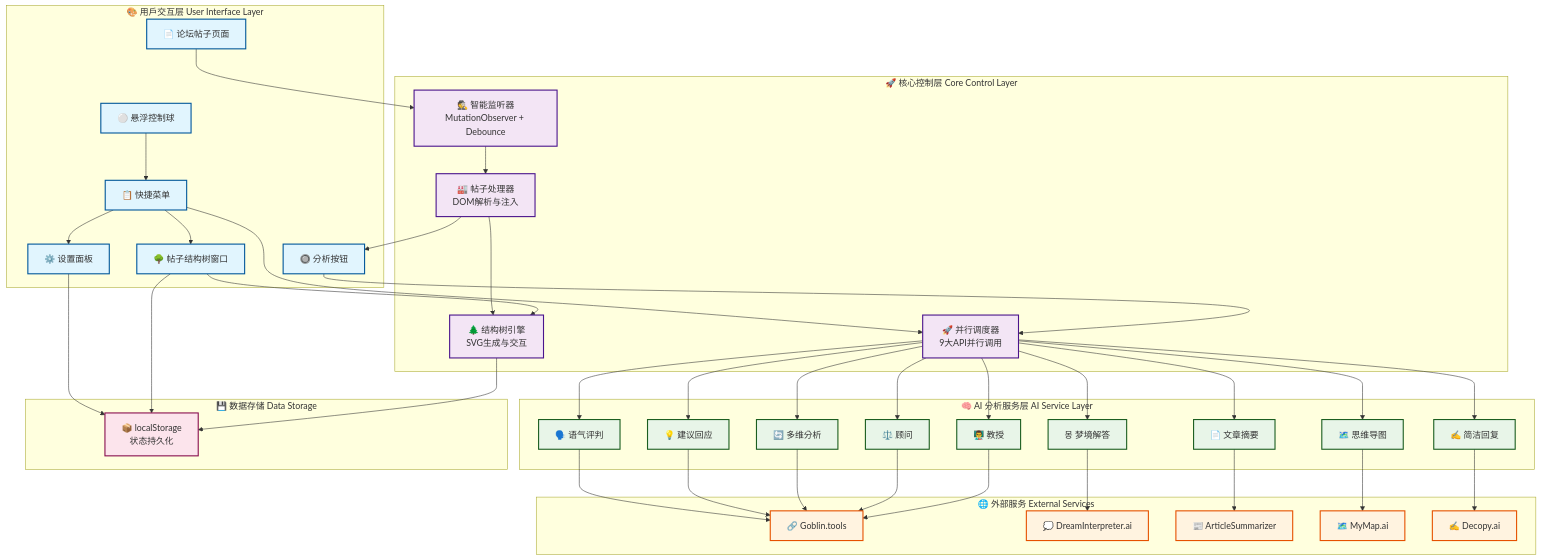
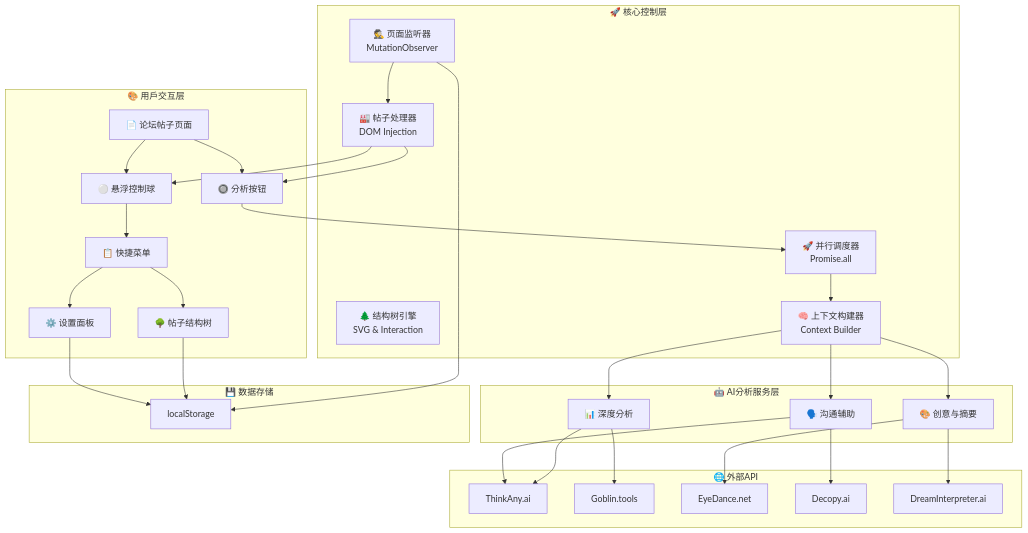
Before and after one commit to lzA6/js-goblin: the third of 4 diagrams in README.md, drawn with Mermaid. The commit also changed other lines of this file, not shown here.

````diff
--- a/README.md
+++ b/README.md
@@ -182,95 +259,70 @@
 ```mermaid
-graph TB
+flowchart TD
     %% 用户交互层
-    subgraph UI["🎨 用户交互层 User Interface Layer"]
+    subgraph UI[🎨 用户交互层]
         A[📄 论坛帖子页面]
         B[🔘 分析按钮]
         C[⚪ 悬浮控制球]
         D[📋 快捷菜单]
         E[⚙️ 设置面板]
-        F[🌳 帖子结构树窗口]
+        F[🌳 帖子结构树]
+        
+        A --> B
+        A --> C
+        C --> D
+        D --> E
+        D --> F
     end
 
     %% 核心控制层
-    subgraph Core["🚀 核心控制层 Core Control Layer"]
-        G[🕵️ 智能监听器<br/>MutationObserver + Debounce]
-        H[🏭 帖子处理器<br/>DOM解析与注入]
-        I[🌲 结构树引擎<br/>SVG生成与交互]
-        J[🚀 并行调度器<br/>9大API并行调用]
+    subgraph Core[🚀 核心控制层]
+        G[🕵️ 页面监听器<br/>MutationObserver]
+        H[🏭 帖子处理器<br/>DOM Injection]
+        I[🌲 结构树引擎<br/>SVG & Interaction]
+        J[🚀 并行调度器<br/>Promise.all]
+        K[🧠 上下文构建器<br/>Context Builder]
+        
+        G --> H
+        H --> B
+        H --> C
+        B --> J
+        J --> K
     end
 
     %% AI服务层
-    subgraph AI["🧠 AI 分析服务层 AI Service Layer"]
-        K1[🗣️ 语气评判]
-        K2[💡 建议回应]
-        K3[🔄 多维分析]
-        K4[⚖️ 顾问]
-        K5[👨‍🏫 教授]
-        K6[몽 梦境解答]
-        K7[📄 文章摘要]
-        K8[🗺️ 思维导图]
-        K9[✍️ 简洁回复]
+    subgraph AI[🤖 AI分析服务层]
+        L[🗣️ 沟通辅助]
+        M[📊 深度分析]
+        N[🎨 创意与摘要]
+        
+        K --> L
+        K --> M  
+        K --> N
     end
 
-    %% 外部服务
-    subgraph External["🌐 外部服务 External Services"]
-        L1[🔗 Goblin.tools]
-        L2[💭 DreamInterpreter.ai]
-        L3[📰 ArticleSummarizer]
-        L4[🗺️ MyMap.ai]
-        L5[✍️ Decopy.ai]
+    %% 外部API
+    subgraph API[🌐 外部API]
+        O[ThinkAny.ai]
+        P[Goblin.tools]
+        Q[EyeDance.net]
+        R[Decopy.ai]
+        S[DreamInterpreter.ai]
+        
+        L --> O
+        L --> R
+        M --> O
+        M --> P
+        N --> Q
+        N --> S
     end
 
     %% 数据存储
-    subgraph Storage["💾 数据存储 Data Storage"]
-        M[📦 localStorage<br/>状态持久化]
+    subgraph Storage[💾 数据存储]
+        T[localStorage]
     end
 
-    %% 连接关系
-    A --> G
-    G --> H
-    H --> B
-    H --> I
-    C --> D
-    D --> E
-    D --> F
-    D --> J
-    B --> J
-    J --> K1
-    J --> K2
-    J --> K3
-    J --> K4
-    J --> K5
-    J --> K6
-    J --> K7
-    J --> K8
-    J --> K9
-    
-    K1 --> L1
-    K2 --> L1
-    K3 --> L1
-    K4 --> L1
-    K5 --> L1
-    K6 --> L2
-    K7 --> L3
-    K8 --> L4
-    K9 --> L5
-    
-    F --> I
-    E --> M
-    F --> M
-    I --> M
-    
-    %% 样式定义
-    classDef uiLayer fill:#e1f5fe,stroke:#01579b,stroke-width:2px
-    classDef coreLayer fill:#f3e5f5,stroke:#4a148c,stroke-width:2px
-    classDef aiLayer fill:#e8f5e8,stroke:#1b5e20,stroke-width:2px
-    classDef externalLayer fill:#fff3e0,stroke:#e65100,stroke-width:2px
-    classDef storageLayer fill:#fce4ec,stroke:#880e4f,stroke-width:2px
-    
-    class A,B,C,D,E,F uiLayer
-    class G,H,I,J coreLayer
-    class K1,K2,K3,K4,K5,K6,K7,K8,K9 aiLayer
-    class L1,L2,L3,L4,L5 externalLayer
-    class M storageLayer
+    %% 数据流
+    E --> T
+    F --> T
+    G --> T
 ```
````
